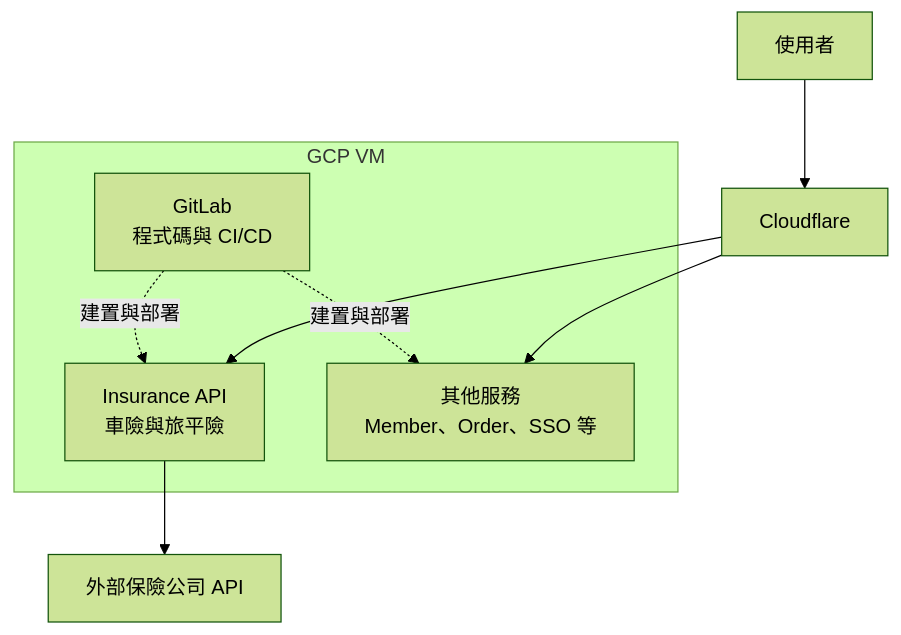
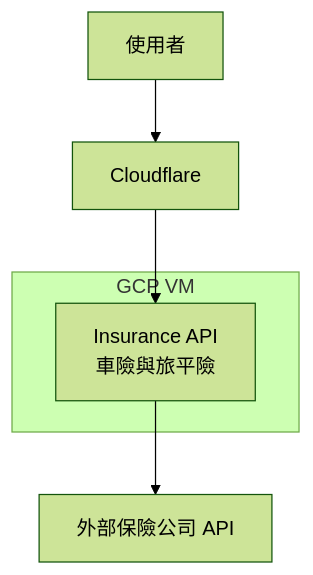
Before and after one commit to highhao/insurance-saas-platform: the third of 3 diagrams in README.md, drawn with Mermaid (forest theme). The commit also changed other lines of this file, not shown here.

Commit message:
Simplify insurance architecture diagram

````diff
--- a/README.md
+++ b/README.md
@@ -50,14 +50,9 @@
 ```mermaid
 flowchart TB
     User[使用者] --> Edge[Cloudflare]
+    Edge --> Insurance
     subgraph Cloud["GCP VM"]
         Insurance[Insurance API<br/>車險與旅平險]
-        Other[其他服務<br/>Member、Order、SSO 等]
-        GitLab[GitLab<br/>程式碼與 CI/CD]
-        GitLab -. 建置與部署 .-> Insurance
-        GitLab -. 建置與部署 .-> Other
     end
-    Edge --> Insurance
-    Edge --> Other
     Insurance --> Provider[外部保險公司 API]
 ```
````
